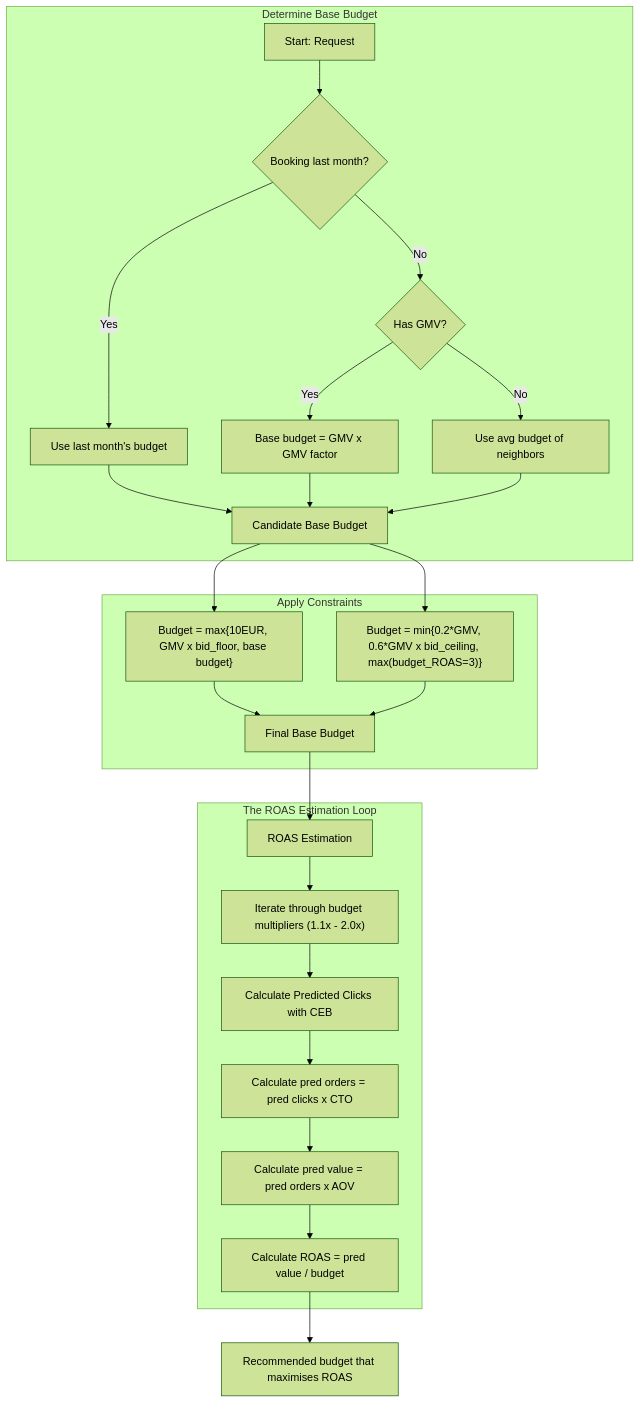
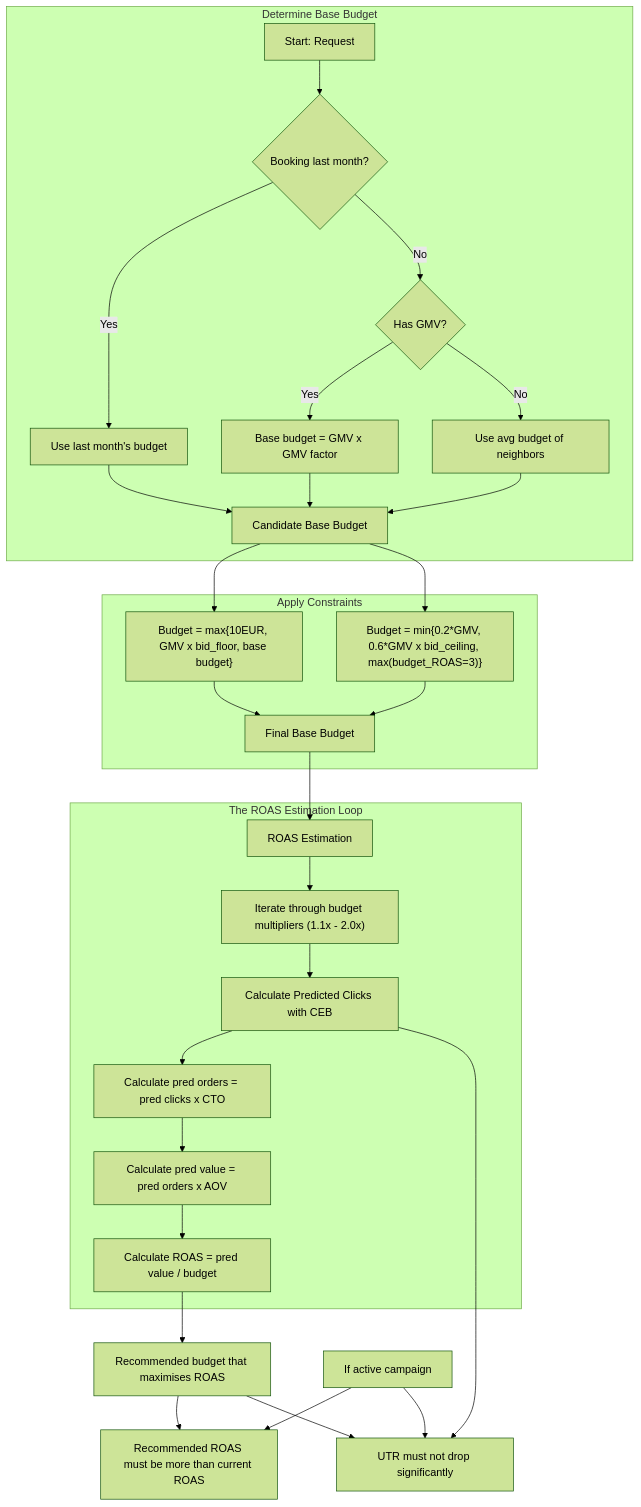
The diagram in mermaid/recommendations/current/cpc.mmd (pdoupe/ad_hoc), drawn with Mermaid (forest theme) before and after one commit.

Commit message:
Adding constraints at end

```diff
--- a/mermaid/recommendations/current/cpc.mmd
+++ b/mermaid/recommendations/current/cpc.mmd
@@ -1,31 +1,37 @@
 graph TD
     %% CPC Budget Recommendation Process
     subgraph Determine Base Budget
         A[Start: Request] --> B{Booking last month?};
         B -- Yes --> C[Use last month's budget];
         B -- No --> D{Has GMV?};
         D -- Yes --> E[Base budget = GMV x GMV factor];
         D -- No --> F[Use avg budget of neighbors];
         C --> G[Candidate Base Budget];
         E --> G;
         F --> G;
     end
 
     subgraph Apply Constraints
         G --> H["Budget = max{10EUR, GMV x bid_floor, base budget}"];
         G --> I["Budget = min{0.2*GMV, 0.6*GMV x bid_ceiling, max(budget_ROAS=3)}"];
         H --> J[Final Base Budget];
         I --> J;
     end
 
     J --> K[ROAS Estimation];
 
     subgraph The ROAS Estimation Loop
         K --> L["Iterate through budget multipliers (1.1x - 2.0x)"];
         L --> M[Calculate Predicted Clicks with CEB];
         M --> N[Calculate pred orders = pred clicks x CTO];
         N --> O[Calculate pred value = pred orders x AOV];
         O --> P[Calculate ROAS = pred value / budget];
     end
 
     P --> Q[Recommended budget that maximises ROAS];
+
+    Q --> S[Recommended ROAS must be more than current ROAS];
+    Q --> T;
+    M --> T;
+    R[If active campaign] --> S;
+    R --> T[UTR must not drop significantly];
```
